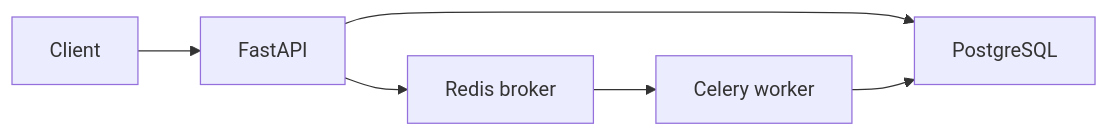
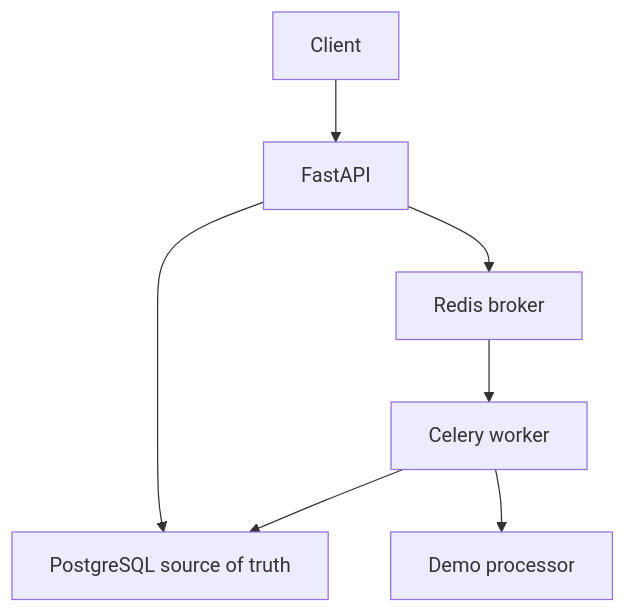
One commit to melika-kheirieh/async-job-api changed the first of 2 diagrams in README.md. Above: the diagram before and after it, drawn with Mermaid. The commit also changed other lines of this file and 4 other files, not shown here.

Commit message:
docs: polish project documentation and demo flow

`````diff
--- a/README.md
+++ b/README.md
@@ -41,8 +71,9 @@
 ```mermaid
-flowchart LR
+flowchart TD
     Client["Client"] --> API["FastAPI"]
-    API --> DB["PostgreSQL"]
     API --> Redis["Redis broker"]
     Redis --> Worker["Celery worker"]
+    API --> DB["PostgreSQL source of truth"]
     Worker --> DB
-````
+    Worker --> Processor["Demo processor"]
+```
`````
